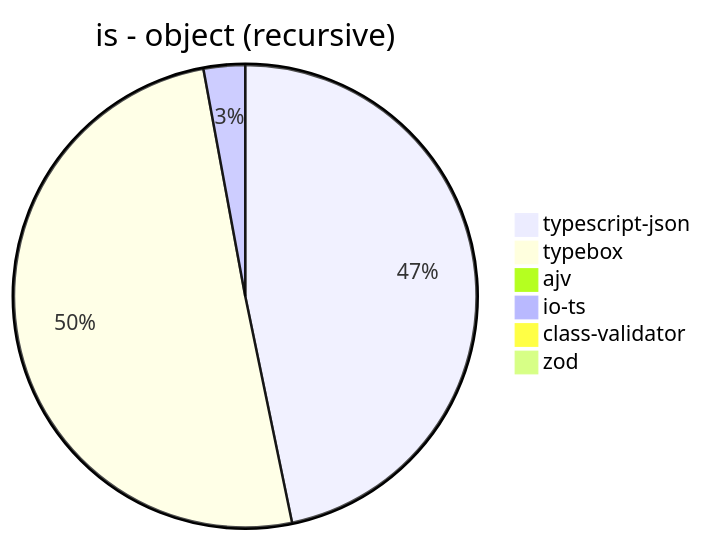
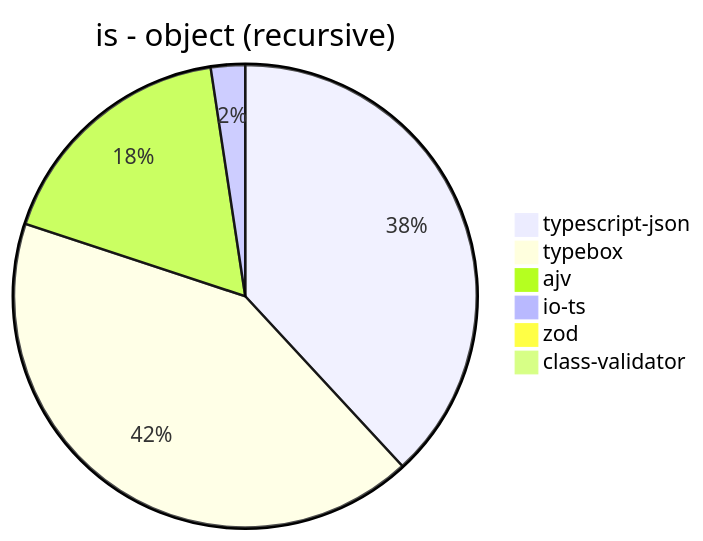
Before and after one commit to samchon/typia: the second of 39 diagrams in benchmark/results/AMD Ryzen 7 5800H with Radeon Graphics.md, drawn with Mermaid. The commit also changed other lines of this file and 3 other files, not shown here.

````diff
--- a/benchmark/results/AMD Ryzen 7 5800H with Radeon Graphics.md
+++ b/benchmark/results/AMD Ryzen 7 5800H with Radeon Graphics.md
@@ -32,9 +32,9 @@
 ```mermaid
 pie title is - object (recursive)
-  "typescript-json": 73601.20052522978
-  "typebox": 79260.83840917234
-  "ajv": 0
-  "io-ts": 4564.314590224182
-  "class-validator": 36.30974434975917
-  "zod": 66.98302609965322
+  "typescript-json": 72938.19507748404
+  "typebox": 80253.13190862196
+  "ajv": 33571.35026493696
+  "io-ts": 4576.697247706422
+  "zod": 67.71124790151092
+  "class-validator": 35.74736062233747
 ```
````
